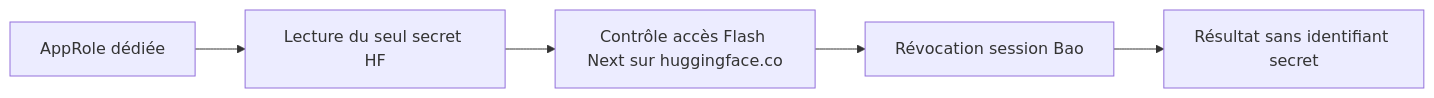
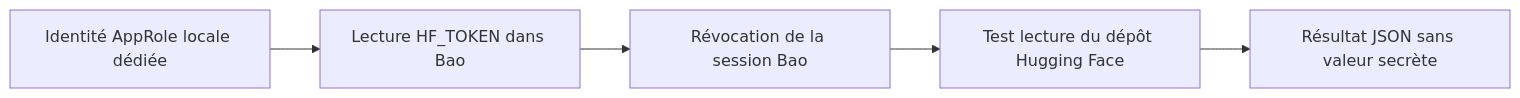
Before and after one commit to cluster2600/porscheparts: the diagram in deploy/openbao/HUGGINGFACE.md, drawn with Mermaid. The commit also changed other lines of this file and 1 other file, not shown here.

Commit message:
Document verified Hugging Face wrapper and preserve active identity

````diff
--- a/deploy/openbao/HUGGINGFACE.md
+++ b/deploy/openbao/HUGGINGFACE.md
@@ -17,7 +62,7 @@
 ```mermaid
 flowchart LR
-    A[AppRole dédiée] --> B[Lecture du seul secret HF]
-    B --> C[Contrôle accès Flash Next sur huggingface.co]
-    C --> D[Révocation session Bao]
-    D --> E[Résultat sans identifiant secret]
+    A[Identité AppRole locale dédiée] --> B[Lecture HF_TOKEN dans Bao]
+    B --> C[Révocation de la session Bao]
+    C --> D[Test lecture du dépôt Hugging Face]
+    D --> E[Résultat JSON sans valeur secrète]
 ```
````
